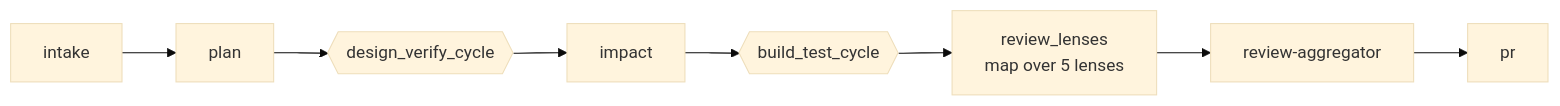
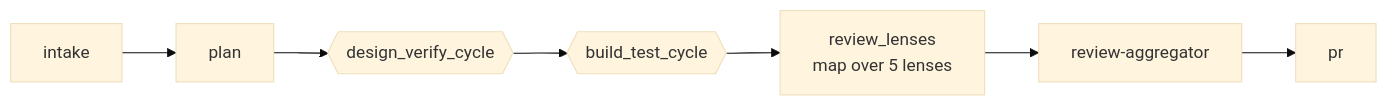
One commit to ezigus/zBuild changed the diagram in docs/wiki/Pipeline-and-Stages.md. Above: the diagram before and after it, drawn with Mermaid (base theme). The commit also changed other lines of this file and 155 other files, not shown here.

````diff
--- a/docs/wiki/Pipeline-and-Stages.md
+++ b/docs/wiki/Pipeline-and-Stages.md
@@ -25,10 +25,9 @@
 ```mermaid
 flowchart LR
     intake[intake] --> plan[plan]
     plan --> dvc{{design_verify_cycle}}
-    dvc --> impact[impact]
-    impact --> btc{{build_test_cycle}}
+    dvc --> btc{{build_test_cycle}}
     btc --> lenses[review_lenses<br/>map over 5 lenses]
     lenses --> agg[review-aggregator]
     agg --> pr[pr]
 ```
````
